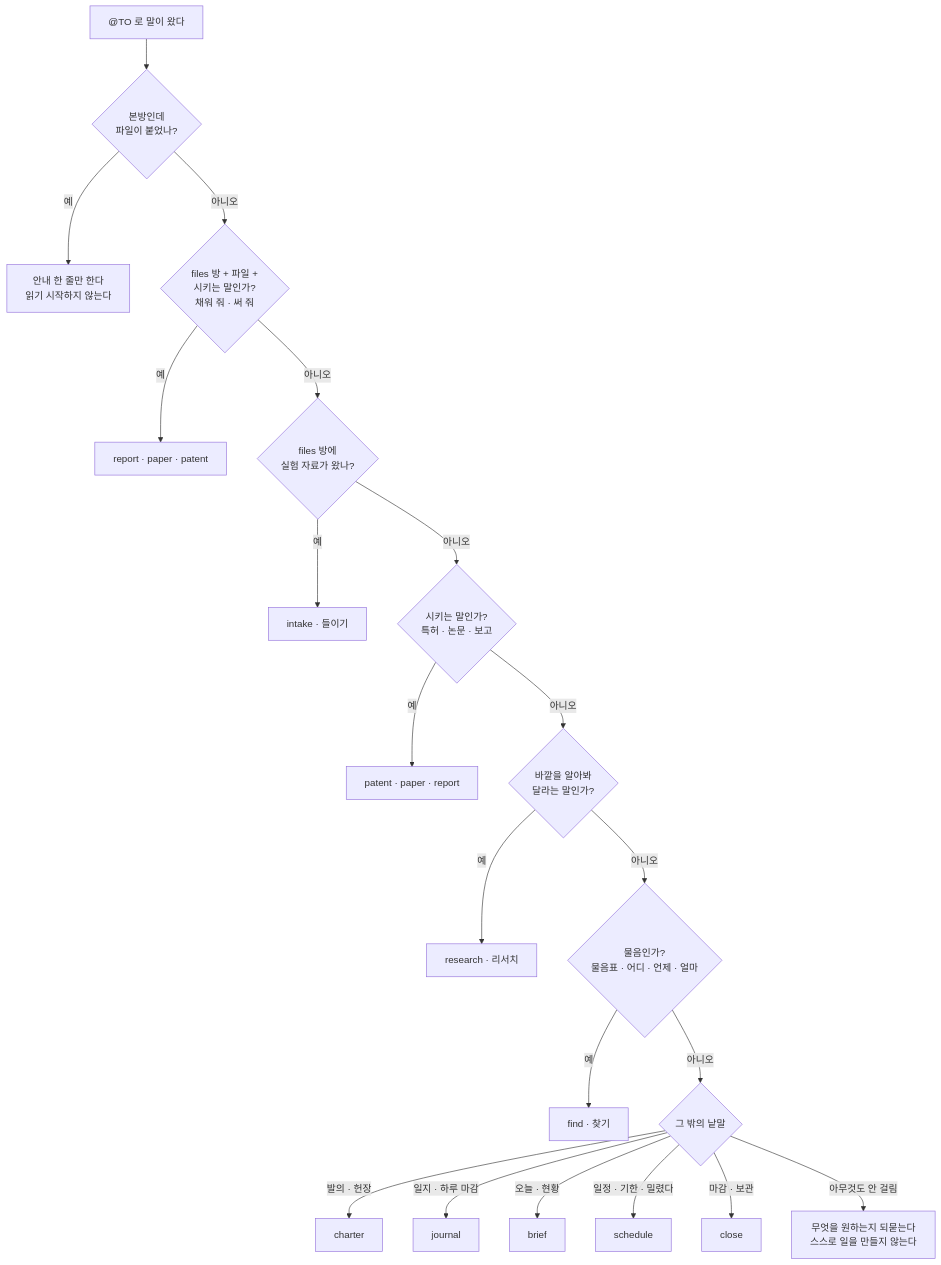
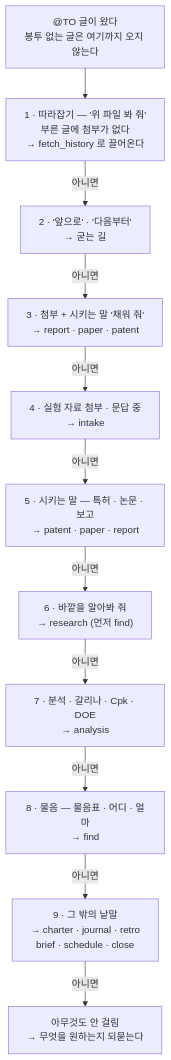
One commit to bjw202/prodev changed the sixth of 17 diagrams in README.md. Above: the diagram before and after it, drawn with Mermaid. The commit also changed other lines of this file, not shown here.

````diff
--- a/README.md
+++ b/README.md
@@ -299,22 +297,25 @@
 ```mermaid
 flowchart TB
-    IN["@TO 로 말이 왔다"] --> Q1{"본방인데<br/>파일이 붙었나?"}
-    Q1 -->|"예"| A1["안내 한 줄만 한다<br/>읽기 시작하지 않는다"]
-    Q1 -->|"아니오"| Q2{"files 방 + 파일 +<br/>시키는 말인가?<br/>채워 줘 · 써 줘"}
-    Q2 -->|"예"| A2["report · paper · patent"]
-    Q2 -->|"아니오"| Q3{"files 방에<br/>실험 자료가 왔나?"}
-    Q3 -->|"예"| A3["intake · 들이기"]
-    Q3 -->|"아니오"| Q4{"시키는 말인가?<br/>특허 · 논문 · 보고"}
-    Q4 -->|"예"| A4["patent · paper · report"]
-    Q4 -->|"아니오"| Q5{"바깥을 알아봐<br/>달라는 말인가?"}
-    Q5 -->|"예"| A5["research · 리서치"]
-    Q5 -->|"아니오"| Q6{"물음인가?<br/>물음표 · 어디 · 언제 · 얼마"}
-    Q6 -->|"예"| A6["find · 찾기"]
-    Q6 -->|"아니오"| Q7{"그 밖의 낱말"}
-    Q7 -->|"발의 · 헌장"| A7["charter"]
-    Q7 -->|"일지 · 하루 마감"| A8["journal"]
-    Q7 -->|"오늘 · 현황"| A9["brief"]
-    Q7 -->|"일정 · 기한 · 밀렸다"| A10["schedule"]
-    Q7 -->|"마감 · 보관"| A11["close"]
-    Q7 -->|"아무것도 안 걸림"| A12["무엇을 원하는지 되묻는다<br/>스스로 일을 만들지 않는다"]
+    IN["@TO 글이 왔다<br/>봉투 없는 글은 여기까지 오지 않는다"]
+    R1["1 · 따라잡기 — '위 파일 봐 줘'<br/>부른 글에 첨부가 없다<br/>→ fetch_history 로 끌어온다"]
+    R2["2 · '앞으로' · '다음부터'<br/>→ 굳는 길"]
+    R3["3 · 첨부 + 시키는 말 '채워 줘'<br/>→ report · paper · patent"]
+    R4["4 · 실험 자료 첨부 · 문답 중<br/>→ intake"]
+    R5["5 · 시키는 말 — 특허 · 논문 · 보고<br/>→ patent · paper · report"]
+    R6["6 · 바깥을 알아봐 줘<br/>→ research (먼저 find)"]
+    R7["7 · 분석 · 갈리나 · Cpk · DOE<br/>→ analysis"]
+    R8["8 · 물음 — 물음표 · 어디 · 얼마<br/>→ find"]
+    R9["9 · 그 밖의 낱말<br/>→ charter · journal · retro<br/>brief · schedule · close"]
+    NONE["아무것도 안 걸림<br/>→ 무엇을 원하는지 되묻는다"]
+
+    IN --> R1
+    R1 -->|"아니면"| R2
+    R2 -->|"아니면"| R3
+    R3 -->|"아니면"| R4
+    R4 -->|"아니면"| R5
+    R5 -->|"아니면"| R6
+    R6 -->|"아니면"| R7
+    R7 -->|"아니면"| R8
+    R8 -->|"아니면"| R9
+    R9 -->|"아니면"| NONE
 ```
````
